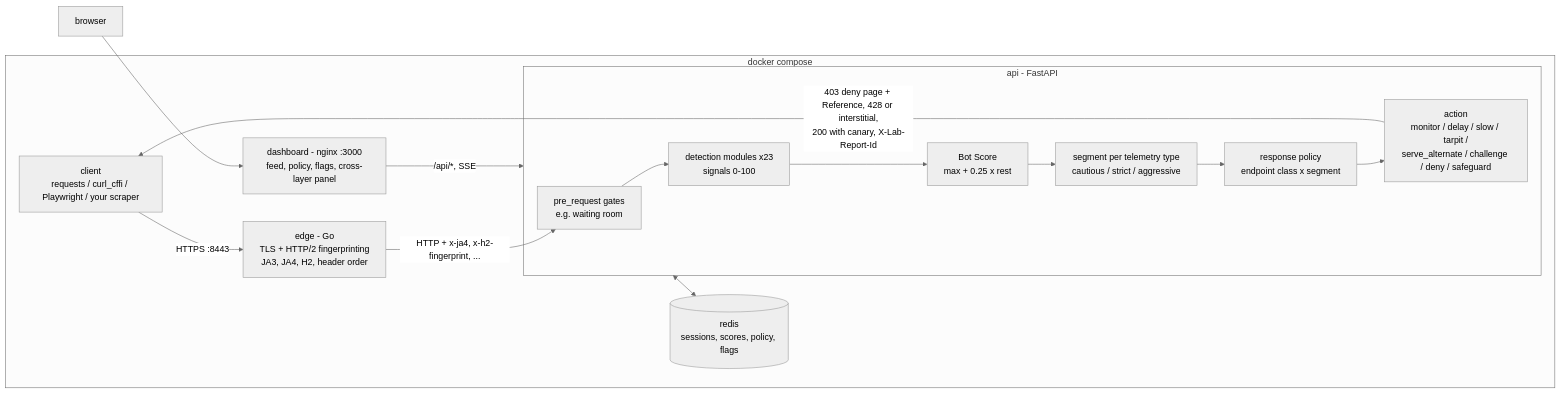
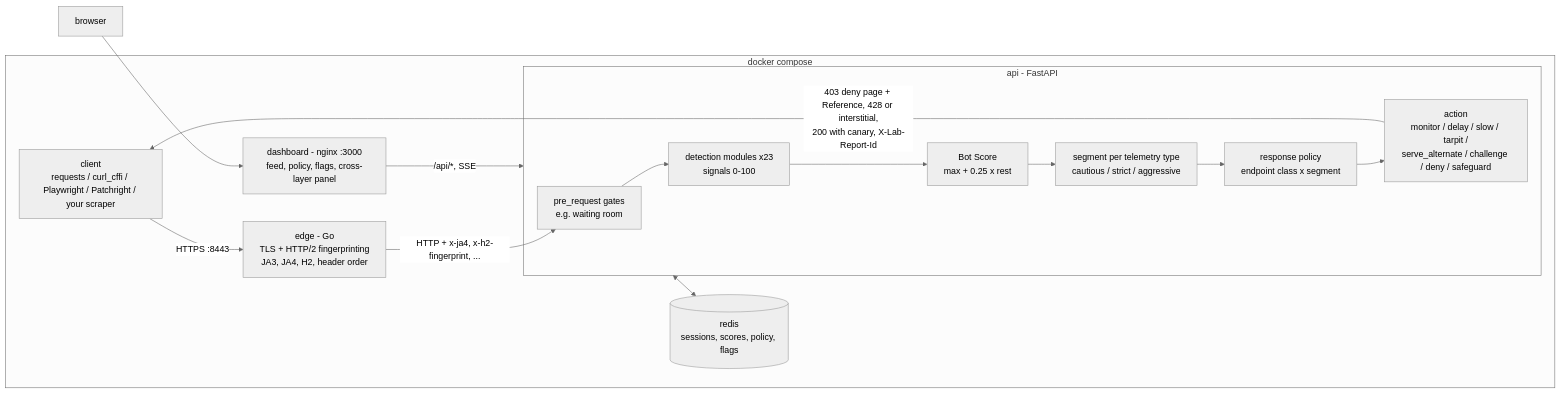
One commit to cesarhmatias/akamai-style-bot-lab changed the diagram in README.md. Above: the diagram before and after it, drawn with Mermaid (neutral theme). The commit also changed other lines of this file and 24 other files, not shown here.

````diff
--- a/README.md
+++ b/README.md
@@ -29,18 +30,18 @@
 ```mermaid
 flowchart LR
-    C[client<br/>requests / curl_cffi / Playwright / your scraper] -->|HTTPS :8443| E
+    C[client<br/>requests / curl_cffi / Playwright / Patchright / your scraper] -->|HTTPS :8443| E
     subgraph lab[docker compose]
       E[edge - Go<br/>TLS + HTTP/2 fingerprinting<br/>JA3, JA4, H2, header order] -->|HTTP + x-ja4, x-h2-fingerprint, ...| G
       subgraph A[api - FastAPI]
         G[pre_request gates<br/>e.g. waiting room] --> M[detection modules x23<br/>signals 0-100]
         M --> S[Bot Score<br/>max + 0.25 x rest]
         S --> SEG[segment per telemetry type<br/>cautious / strict / aggressive]
         SEG --> P[response policy<br/>endpoint class x segment]
         P --> ACT[action<br/>monitor / delay / slow / tarpit /<br/>serve_alternate / challenge / deny / safeguard]
       end
       ACT -->|403 deny page + Reference, 428 or interstitial,<br/>200 with canary, X-Lab-Report-Id| C
       A <--> R[(redis<br/>sessions, scores, policy, flags)]
       D[dashboard - nginx :3000<br/>feed, policy, flags, cross-layer panel] -->|/api/*, SSE| A
     end
     B[browser] --> D
 ```
````
